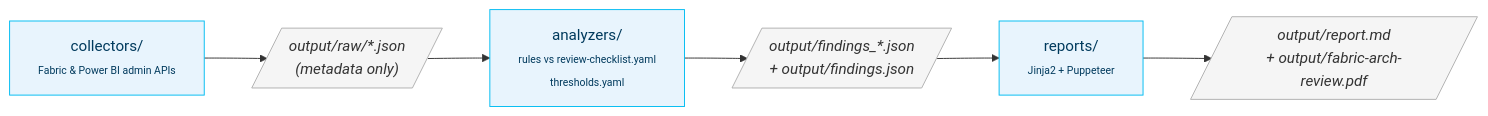
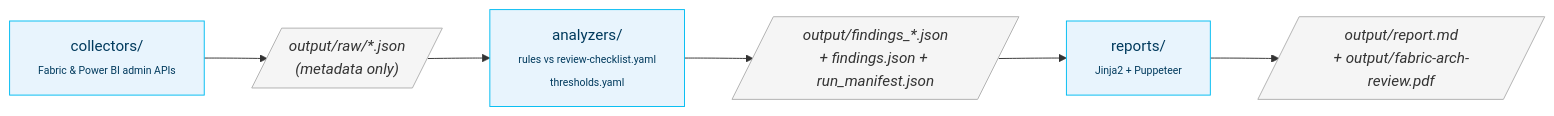
Before and after one commit to microsoft/fabric-architecture-review: the first of 2 diagrams in README.md, drawn with Mermaid. The commit also changed other lines of this file and 73 other files, not shown here.

````diff
--- a/README.md
+++ b/README.md
@@ -102,15 +103,15 @@
 ```mermaid
 flowchart LR
     classDef stage fill:#E8F4FD,stroke:#00BCF2,color:#003A5D;
     classDef art   fill:#F5F5F5,stroke:#B0B0B0,color:#333,font-style:italic;
 
     C["collectors/<br/><span style='font-size:11px'>Fabric &amp; Power BI admin APIs</span>"]:::stage
     A["analyzers/<br/><span style='font-size:11px'>rules vs review-checklist.yaml<br/>thresholds.yaml</span>"]:::stage
     R["reports/<br/><span style='font-size:11px'>Jinja2 + Puppeteer</span>"]:::stage
 
     raw[/"output/raw/*.json<br/>(metadata only)"/]:::art
-    fnd[/"output/findings_*.json<br/>+ output/findings.json"/]:::art
+    fnd[/"output/findings_*.json<br/>+ findings.json + run_manifest.json"/]:::art
     pdf[/"output/report.md<br/>+ output/fabric-arch-review.pdf"/]:::art
 
     C --> raw --> A --> fnd --> R --> pdf
 ```
````
